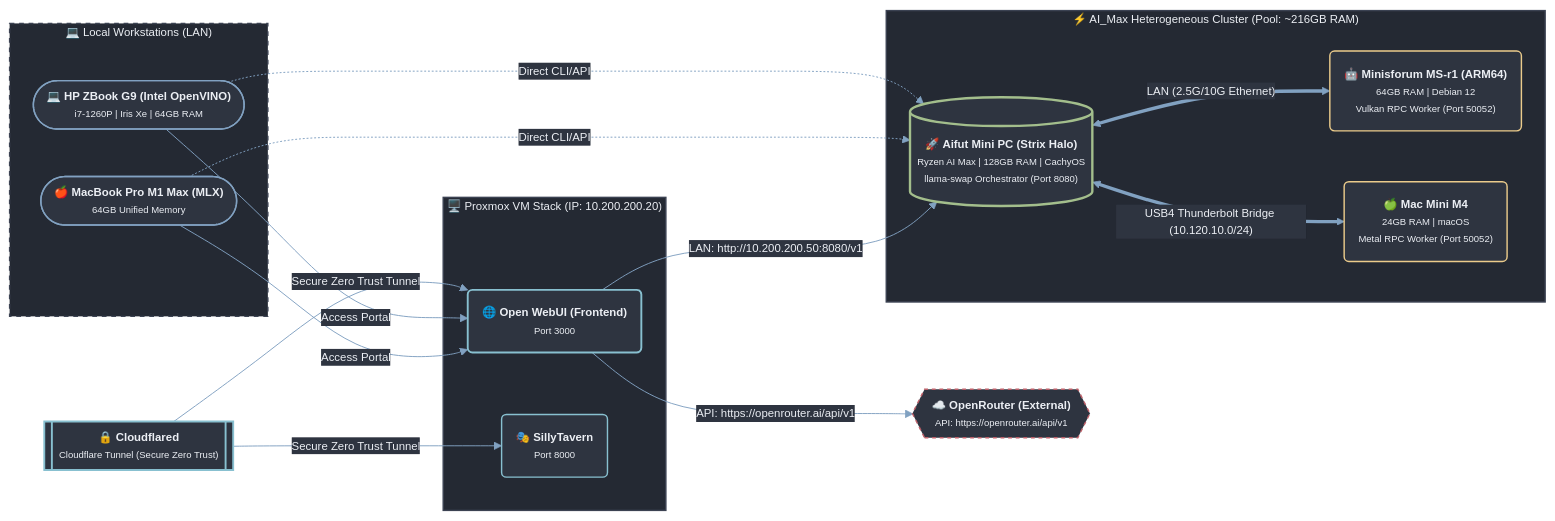
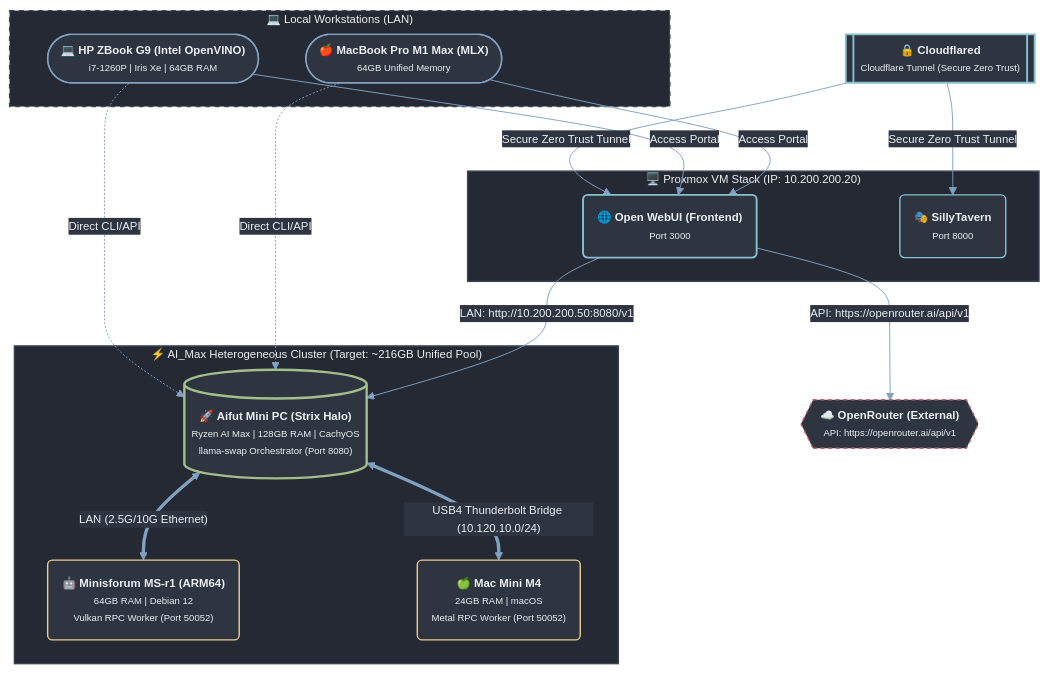
Before and after one commit to CaseyTaylorLearningJourney/Codelab: the diagram in README.md, drawn with Mermaid.

Commit message:
docs(readme): switch topology to flowchart TD and restore cluster target pool title

````diff
--- a/README.md
+++ b/README.md
@@ -31,65 +31,65 @@
 ```mermaid
 %%{init: {
   'theme': 'base',
   'themeVariables': {
     'primaryColor': '#2e3440',
     'primaryTextColor': '#eceff4',
     'primaryBorderColor': '#4c566a',
     'lineColor': '#81a1c1',
     'secondaryColor': '#3b4252',
     'tertiaryColor': '#242933',
     'edgeLabelBackground': '#2e3440',
     'fontSize': '12px'
   }
 }}%%
-flowchart LR
+flowchart TD
     %% Remote Access / External
     Cloudflared[["🔒 <b>Cloudflared</b><br><small>Cloudflare Tunnel (Secure Zero Trust)</small>"]]
     OpenRouter{{"☁️ <b>OpenRouter (External)</b><br><small>API: https://openrouter.ai/api/v1</small>"}}
 
     subgraph ClientSpace["💻 Local Workstations (LAN)"]
         ZBook(["💻 <b>HP ZBook G9 (Intel OpenVINO)</b><br><small>i7-1260P | Iris Xe | 64GB RAM</small>"])
         MacBook(["🍎 <b>MacBook Pro M1 Max (MLX)</b><br><small>64GB Unified Memory</small>"])
     end
 
     subgraph Proxmox["🖥️ Proxmox VM Stack (IP: 10.200.200.20)"]
         OpenWebUI("🌐 <b>Open WebUI (Frontend)</b><br><small>Port 3000</small>")
         SillyTavern("🎭 <b>SillyTavern</b><br><small>Port 8000</small>")
     end
 
-    subgraph Cluster["⚡ AI_Max Heterogeneous Cluster (Pool: ~216GB RAM)"]
+    subgraph Cluster["⚡ AI_Max Heterogeneous Cluster (Target: ~216GB Unified Pool)"]
         Aifut[("🚀 <b>Aifut Mini PC (Strix Halo)</b><br><small>Ryzen AI Max | 128GB RAM | CachyOS<br>llama-swap Orchestrator (Port 8080)</small>")]
         Minisforum("🤖 <b>Minisforum MS-r1 (ARM64)</b><br><small>64GB RAM | Debian 12<br>Vulkan RPC Worker (Port 50052)</small>")
         MacMini("🍏 <b>Mac Mini M4</b><br><small>24GB RAM | macOS<br>Metal RPC Worker (Port 50052)</small>")
     end
 
     %% Connections & Flows
     Cloudflared -->|"Secure Zero Trust Tunnel"| OpenWebUI
     Cloudflared -->|"Secure Zero Trust Tunnel"| SillyTavern
 
     ZBook -->|"Access Portal"| OpenWebUI
     MacBook -->|"Access Portal"| OpenWebUI
     ZBook -.->|"Direct CLI/API"| Aifut
     MacBook -.->|"Direct CLI/API"| Aifut
 
     OpenWebUI -->|"LAN: http://10.200.200.50:8080/v1"| Aifut
     OpenWebUI -->|"API: https://openrouter.ai/api/v1"| OpenRouter
 
     Aifut <==>|"USB4 Thunderbolt Bridge (10.120.10.0/24)"| MacMini
     Aifut <==>|"LAN (2.5G/10G Ethernet)"| Minisforum
 
     %% Color Styling Customization (Nord Theme Palette)
     style ClientSpace fill:#242933,stroke:#3b4252,stroke-width:1.5px,stroke-dasharray: 5 5,color:#eceff4
     style Proxmox fill:#242933,stroke:#3b4252,stroke-width:1.5px,color:#eceff4
     style Cluster fill:#242933,stroke:#3b4252,stroke-width:1.5px,color:#eceff4
 
     style Cloudflared fill:#2e3440,stroke:#88c0d0,stroke-width:2px,color:#eceff4
     style ZBook fill:#2e3440,stroke:#81a1c1,stroke-width:1.5px,color:#eceff4
     style MacBook fill:#2e3440,stroke:#81a1c1,stroke-width:1.5px,color:#eceff4
     style OpenWebUI fill:#2e3440,stroke:#88c0d0,stroke-width:2px,color:#eceff4
     style SillyTavern fill:#2e3440,stroke:#88c0d0,stroke-width:1.5px,color:#eceff4
     style Aifut fill:#2e3440,stroke:#a3be8c,stroke-width:2.5px,color:#eceff4
     style Minisforum fill:#2e3440,stroke:#ebcb8b,stroke-width:1.5px,color:#eceff4
     style MacMini fill:#2e3440,stroke:#ebcb8b,stroke-width:1.5px,color:#eceff4
     style OpenRouter fill:#2e3440,stroke:#bf616a,stroke-width:1.5px,stroke-dasharray: 4 4,color:#eceff4
 ```
````
